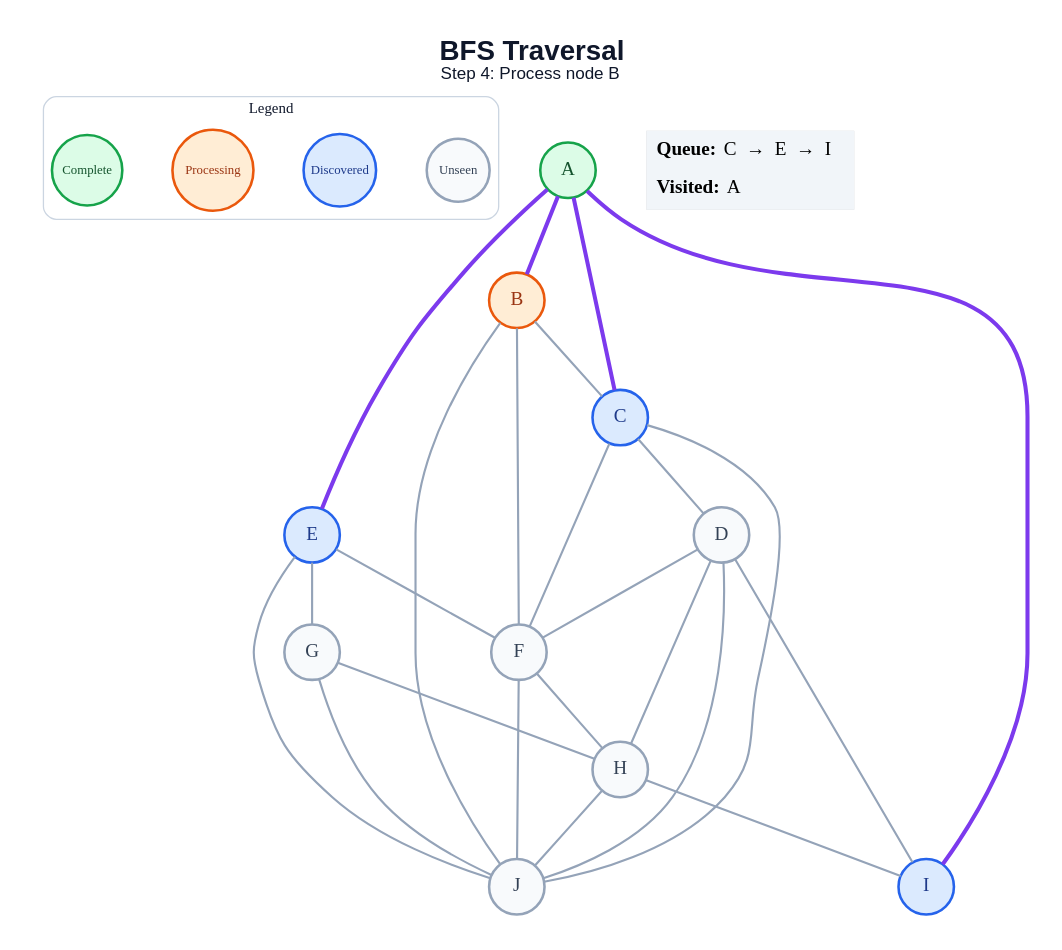
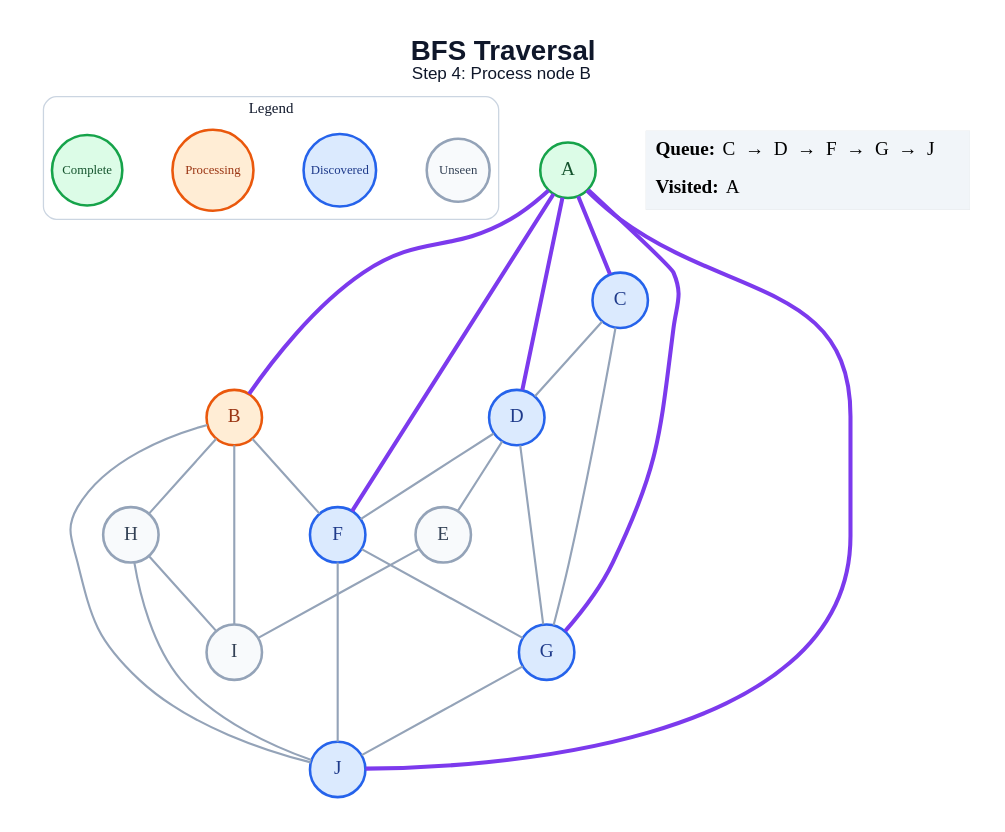
Before and after one commit to anon7238593-create/ai-slop: the diagram in generated/bfs/step_04.dot, drawn with Graphviz. The commit also changed 178 other files, not shown here.

```diff
--- a/generated/bfs/step_04.dot
+++ b/generated/bfs/step_04.dot
@@ -1,52 +1,50 @@
 graph traversal {
   graph [layout=dot, rankdir=TB, bgcolor="#FFFFFF", pad="0.35", nodesep="0.65", ranksep="0.8", fontname="Arial"];
   node [shape=circle, style="filled", fontname="Arial Bold", fontsize=18, width=0.72, fixedsize=true, penwidth=2.4];
   edge [color="#94A3B8", penwidth=2.0];
   label=<<B>BFS Traversal</B><BR/><FONT POINT-SIZE="16">Step 4: Process node B</FONT>>; labelloc="t"; fontsize=26; fontname="Arial"; fontcolor="#0F172A";
   subgraph cluster_legend { label="Legend"; color="#CBD5E1"; penwidth=1.2; style="rounded"; fontsize=14; fontname="Arial Bold";
     key_unseen [label="Unseen", fillcolor="#F8FAFC", color="#94A3B8", fontcolor="#334155", fontsize=12, width=0.82];
     key_frontier [label="Discovered", fillcolor="#DBEAFE", color="#2563EB", fontcolor="#1E3A8A", fontsize=12, width=0.95];
     key_current [label="Processing", fillcolor="#FFEDD5", color="#EA580C", fontcolor="#9A3412", fontsize=12, width=1.05];
     key_done [label="Complete", fillcolor="#DCFCE7", color="#16A34A", fontcolor="#14532D", fontsize=12, width=0.92];
     { rank=same; key_unseen; key_frontier; key_current; key_done; }
   }
   A [fillcolor="#DCFCE7", color="#16A34A", fontcolor="#14532D"];
   B [fillcolor="#FFEDD5", color="#EA580C", fontcolor="#9A3412"];
   C [fillcolor="#DBEAFE", color="#2563EB", fontcolor="#1E3A8A"];
-  D [fillcolor="#F8FAFC", color="#94A3B8", fontcolor="#334155"];
-  E [fillcolor="#DBEAFE", color="#2563EB", fontcolor="#1E3A8A"];
-  F [fillcolor="#F8FAFC", color="#94A3B8", fontcolor="#334155"];
-  G [fillcolor="#F8FAFC", color="#94A3B8", fontcolor="#334155"];
+  D [fillcolor="#DBEAFE", color="#2563EB", fontcolor="#1E3A8A"];
+  E [fillcolor="#F8FAFC", color="#94A3B8", fontcolor="#334155"];
+  F [fillcolor="#DBEAFE", color="#2563EB", fontcolor="#1E3A8A"];
+  G [fillcolor="#DBEAFE", color="#2563EB", fontcolor="#1E3A8A"];
   H [fillcolor="#F8FAFC", color="#94A3B8", fontcolor="#334155"];
-  I [fillcolor="#DBEAFE", color="#2563EB", fontcolor="#1E3A8A"];
-  J [fillcolor="#F8FAFC", color="#94A3B8", fontcolor="#334155"];
+  I [fillcolor="#F8FAFC", color="#94A3B8", fontcolor="#334155"];
+  J [fillcolor="#DBEAFE", color="#2563EB", fontcolor="#1E3A8A"];
   A -- B [color="#7C3AED", penwidth=3.8];
   A -- C [color="#7C3AED", penwidth=3.8];
-  A -- E [color="#7C3AED", penwidth=3.8];
-  A -- I [color="#7C3AED", penwidth=3.8];
-  B -- C;
+  A -- D [color="#7C3AED", penwidth=3.8];
+  A -- F [color="#7C3AED", penwidth=3.8];
+  A -- G [color="#7C3AED", penwidth=3.8];
+  A -- J [color="#7C3AED", penwidth=3.8];
   B -- F;
+  B -- H;
+  B -- I;
   B -- J;
   C -- D;
-  C -- F;
-  C -- J;
+  C -- G;
+  D -- E;
   D -- F;
-  D -- H;
-  D -- I;
-  D -- J;
-  E -- F;
-  E -- G;
-  E -- J;
-  F -- H;
+  D -- G;
+  E -- I;
+  F -- G;
   F -- J;
-  G -- H;
   G -- J;
   H -- I;
   H -- J;
   status [shape=plain, fixedsize=false, width=0, height=0, margin=0, label=<
     <TABLE BORDER="0" CELLBORDER="0" CELLPADDING="7" BGCOLOR="#F1F5F9">
-      <TR><TD ALIGN="LEFT"><B>Queue:</B> C  →  E  →  I</TD></TR>
+      <TR><TD ALIGN="LEFT"><B>Queue:</B> C  →  D  →  F  →  G  →  J</TD></TR>
       <TR><TD ALIGN="LEFT"><B>Visited:</B> A</TD></TR>
     </TABLE>
   >];
 }
```
